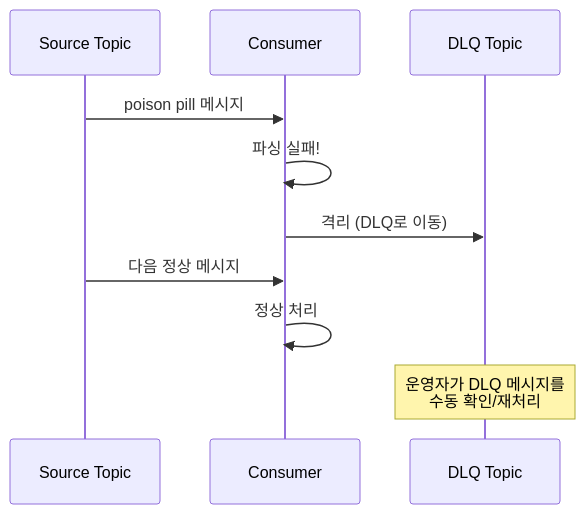
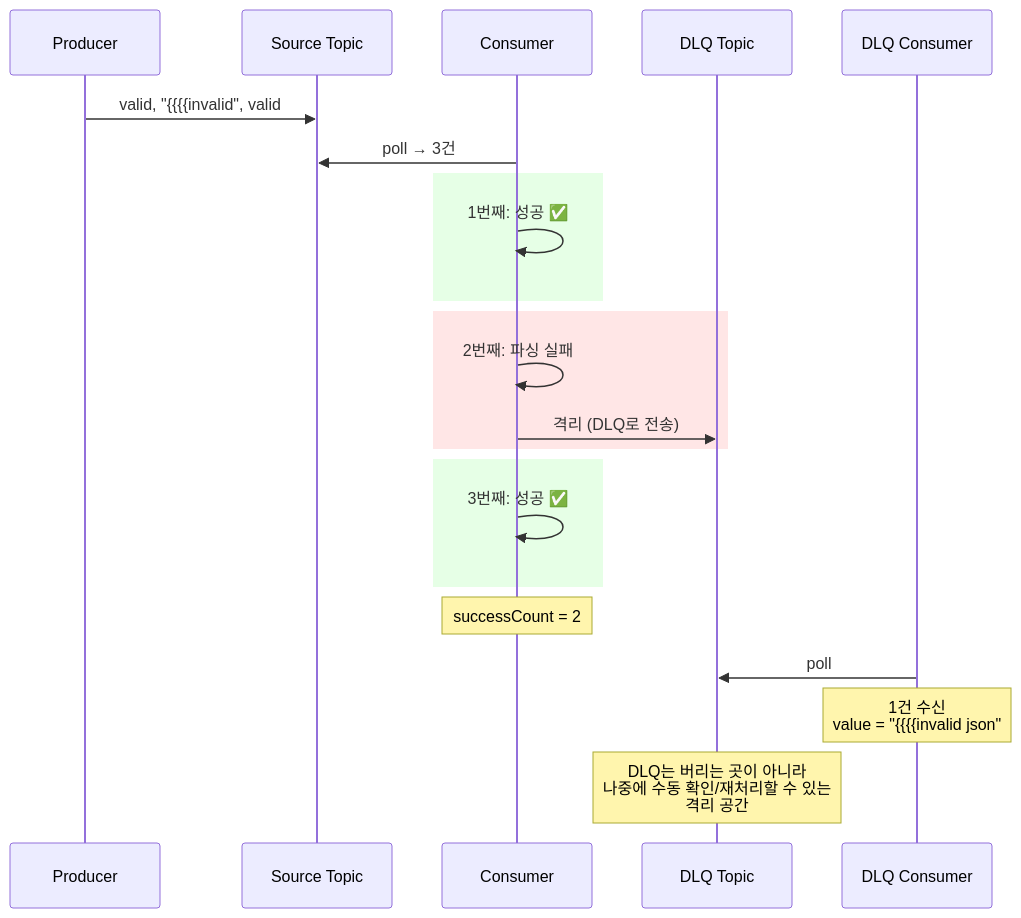
Diagram 11 of 11 in src/test/java/com/example/messaging/step6_idempotent_consumer/README.md (katiekim17/messaging-lab), drawn with Mermaid before and after one commit. The commit also changed other lines of this file and 6 other files, not shown here.

````diff
--- a/src/test/java/com/example/messaging/step6_idempotent_consumer/README.md
+++ b/src/test/java/com/example/messaging/step6_idempotent_consumer/README.md
@@ -85,15 +227,32 @@
 ```mermaid
 sequenceDiagram
+    participant Prod as Producer
     participant Kafka as Source Topic
-    participant Consumer
+    participant Cons as Consumer
     participant DLQ as DLQ Topic
 
-    Kafka->>Consumer: poison pill 메시지
-    Consumer->>Consumer: 파싱 실패!
-    Consumer->>DLQ: 격리 (DLQ로 이동)
+    Prod->>Kafka: valid, "{{{{invalid", valid
 
-    Kafka->>Consumer: 다음 정상 메시지
-    Consumer->>Consumer: 정상 처리
+    Cons->>Kafka: poll → 3건
 
-    Note over DLQ: 운영자가 DLQ 메시지를<br/>수동 확인/재처리
+    rect rgb(230, 255, 230)
+        Cons->>Cons: 1번째: 성공 ✅
+    end
+
+    rect rgb(255, 230, 230)
+        Cons->>Cons: 2번째: 파싱 실패
+        Cons->>DLQ: 격리 (DLQ로 전송)
+    end
+
+    rect rgb(230, 255, 230)
+        Cons->>Cons: 3번째: 성공 ✅
+    end
+
+    Note over Cons: successCount = 2
+
+    participant DLQCons as DLQ Consumer
+    DLQCons->>DLQ: poll
+    Note over DLQCons: 1건 수신<br/>value = "{{{{invalid json"
+
+    Note over DLQ: DLQ는 버리는 곳이 아니라<br/>나중에 수동 확인/재처리할 수 있는<br/>격리 공간
 ```
````
